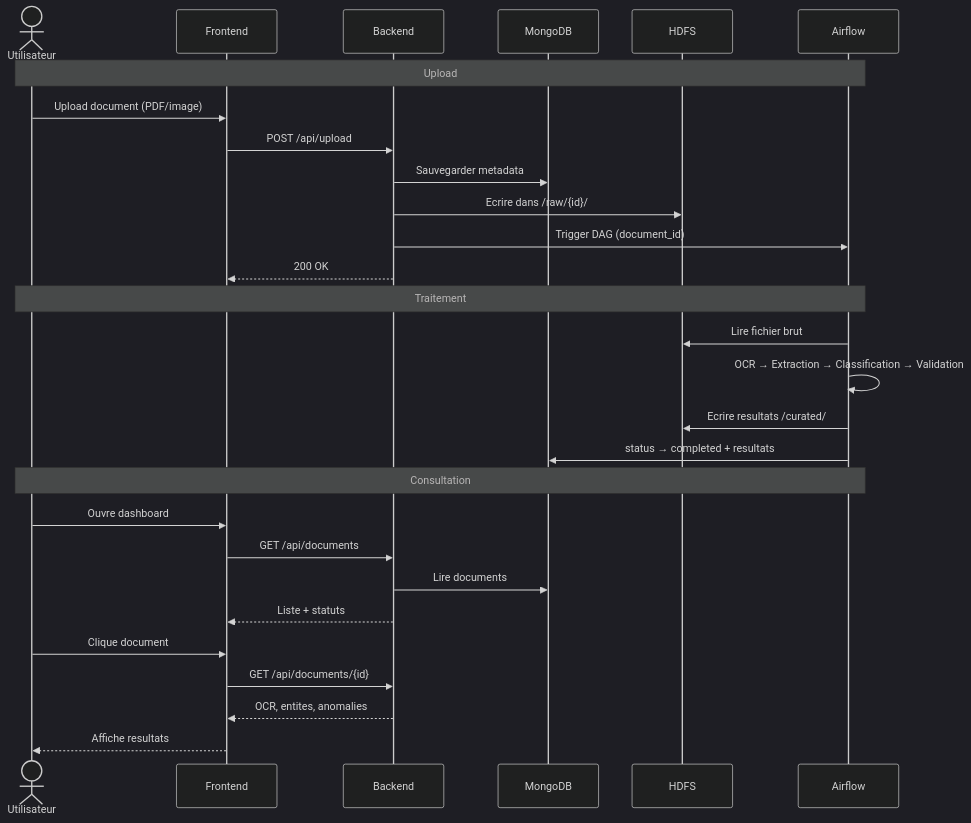
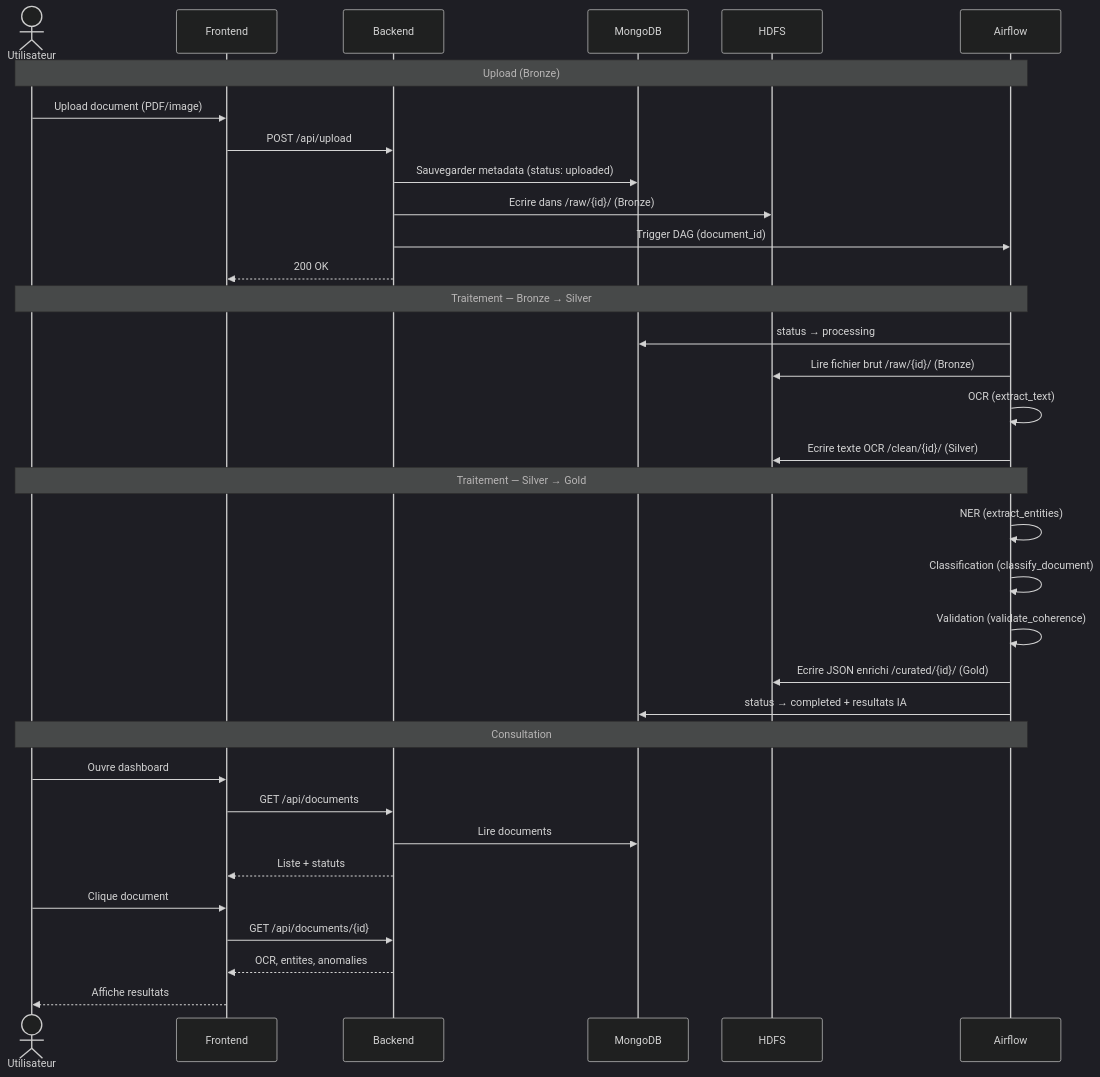
Before and after one commit to PhilLeGoff/hackaton-groupe-12: the diagram in docs/flux-utilisateur.mmd, drawn with Mermaid (dark theme).

Commit message:
Update diagramme de sequence

```diff
--- a/docs/flux-utilisateur.mmd
+++ b/docs/flux-utilisateur.mmd
@@ -1,31 +1,38 @@
 sequenceDiagram
     actor User as Utilisateur
     participant Front as Frontend
     participant Back as Backend
     participant Mongo as MongoDB
     participant HDFS as HDFS
     participant Air as Airflow
 
-    Note over User,Air: Upload
+    Note over User,Air: Upload (Bronze)
     User->>Front: Upload document (PDF/image)
     Front->>Back: POST /api/upload
-    Back->>Mongo: Sauvegarder metadata
-    Back->>HDFS: Ecrire dans /raw/{id}/
+    Back->>Mongo: Sauvegarder metadata (status: uploaded)
+    Back->>HDFS: Ecrire dans /raw/{id}/ (Bronze)
     Back->>Air: Trigger DAG (document_id)
     Back-->>Front: 200 OK
 
-    Note over User,Air: Traitement
-    Air->>HDFS: Lire fichier brut
-    Air->>Air: OCR → Extraction → Classification → Validation
-    Air->>HDFS: Ecrire resultats /curated/
-    Air->>Mongo: status → completed + resultats
+    Note over User,Air: Traitement — Bronze → Silver
+    Air->>Mongo: status → processing
+    Air->>HDFS: Lire fichier brut /raw/{id}/ (Bronze)
+    Air->>Air: OCR (extract_text)
+    Air->>HDFS: Ecrire texte OCR /clean/{id}/ (Silver)
+
+    Note over User,Air: Traitement — Silver → Gold
+    Air->>Air: NER (extract_entities)
+    Air->>Air: Classification (classify_document)
+    Air->>Air: Validation (validate_coherence)
+    Air->>HDFS: Ecrire JSON enrichi /curated/{id}/ (Gold)
+    Air->>Mongo: status → completed + resultats IA
 
     Note over User,Air: Consultation
     User->>Front: Ouvre dashboard
     Front->>Back: GET /api/documents
     Back->>Mongo: Lire documents
     Back-->>Front: Liste + statuts
     User->>Front: Clique document
     Front->>Back: GET /api/documents/{id}
     Back-->>Front: OCR, entites, anomalies
     Front-->>User: Affiche resultats
```
